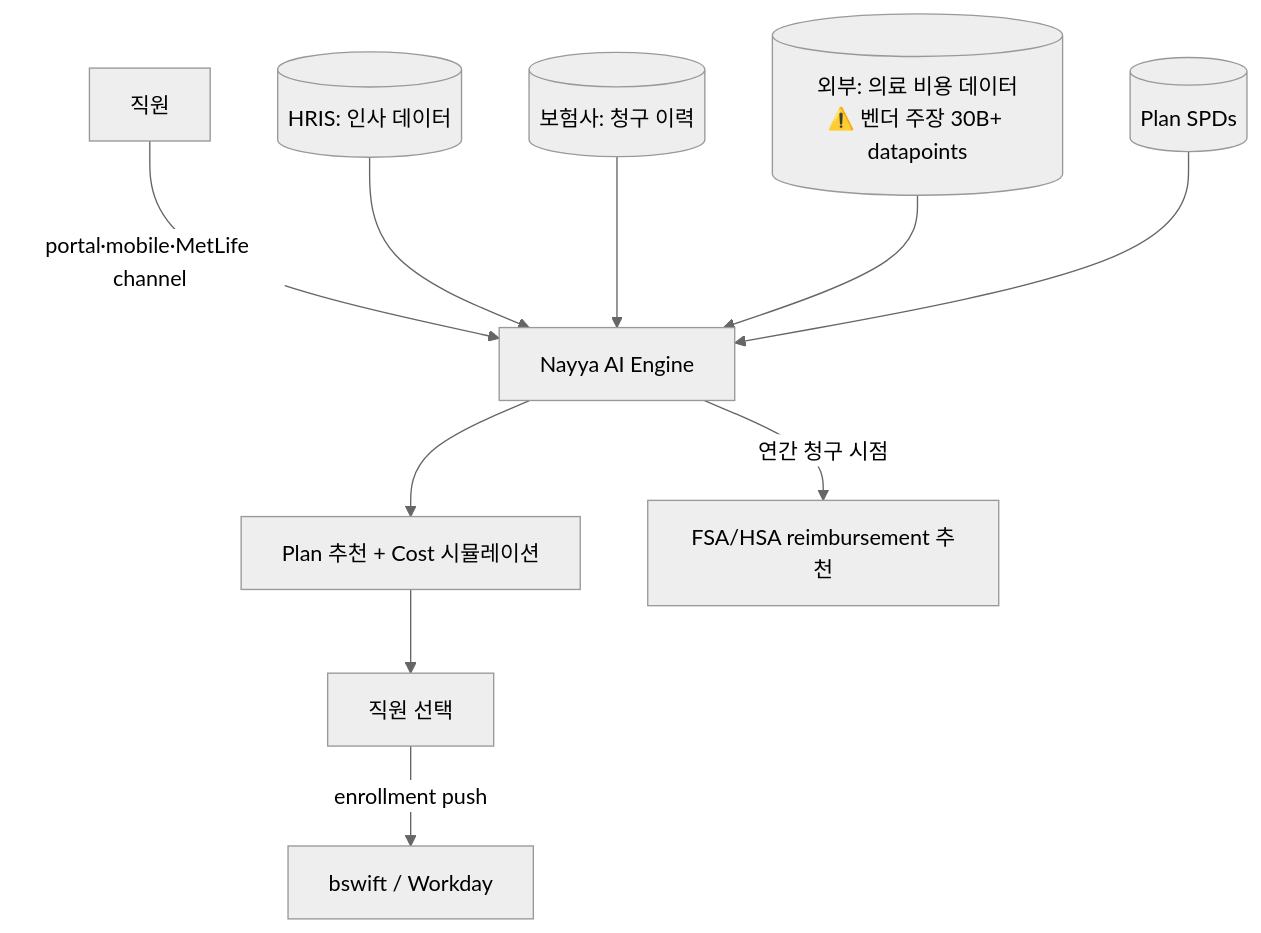
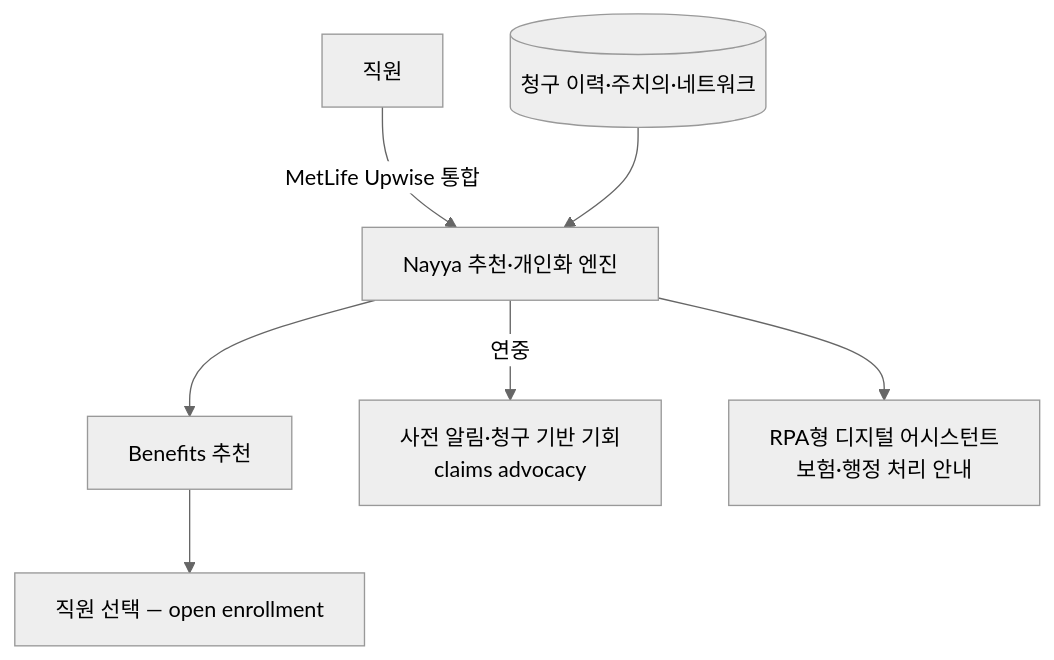
One commit to jameskim1st/hr-ai-benchmark changed the diagram in wiki/usecases/nayya-benefits-decision-support.md. Above: the diagram before and after it, drawn with Mermaid (neutral theme). The commit also changed other lines of this file and 222 other files, not shown here.

````diff
--- a/wiki/usecases/nayya-benefits-decision-support.md
+++ b/wiki/usecases/nayya-benefits-decision-support.md
@@ -103,12 +100,9 @@
 ```mermaid
 flowchart TB
-    Emp[직원] -->|portal·mobile·MetLife channel| Nayya[Nayya AI Engine]
-    HRIS[(HRIS: 인사 데이터)] --> Nayya
-    Carrier[(보험사: 청구 이력)] --> Nayya
-    External[(외부: 의료 비용 데이터<br/>⚠️ 벤더 주장 30B+ datapoints)] --> Nayya
-    Plans[(Plan SPDs)] --> Nayya
-    Nayya --> Rec[Plan 추천 + Cost 시뮬레이션]
-    Rec --> Decision[직원 선택]
-    Decision -->|enrollment push| Bswift[bswift / Workday]
-    Nayya -->|연간 청구 시점| Reimburse[FSA/HSA reimbursement 추천]
+    Emp[직원] -->|MetLife Upwise 통합| Nayya[Nayya 추천·개인화 엔진]
+    Claims[(청구 이력·주치의·네트워크)] --> Nayya
+    Nayya --> Rec[Benefits 추천]
+    Rec --> Decision[직원 선택 — open enrollment]
+    Nayya -->|연중| Engage[사전 알림·청구 기반 기회<br/>claims advocacy]
+    Nayya --> RPA[RPA형 디지털 어시스턴트<br/>보험·행정 처리 안내]
 ```
````
